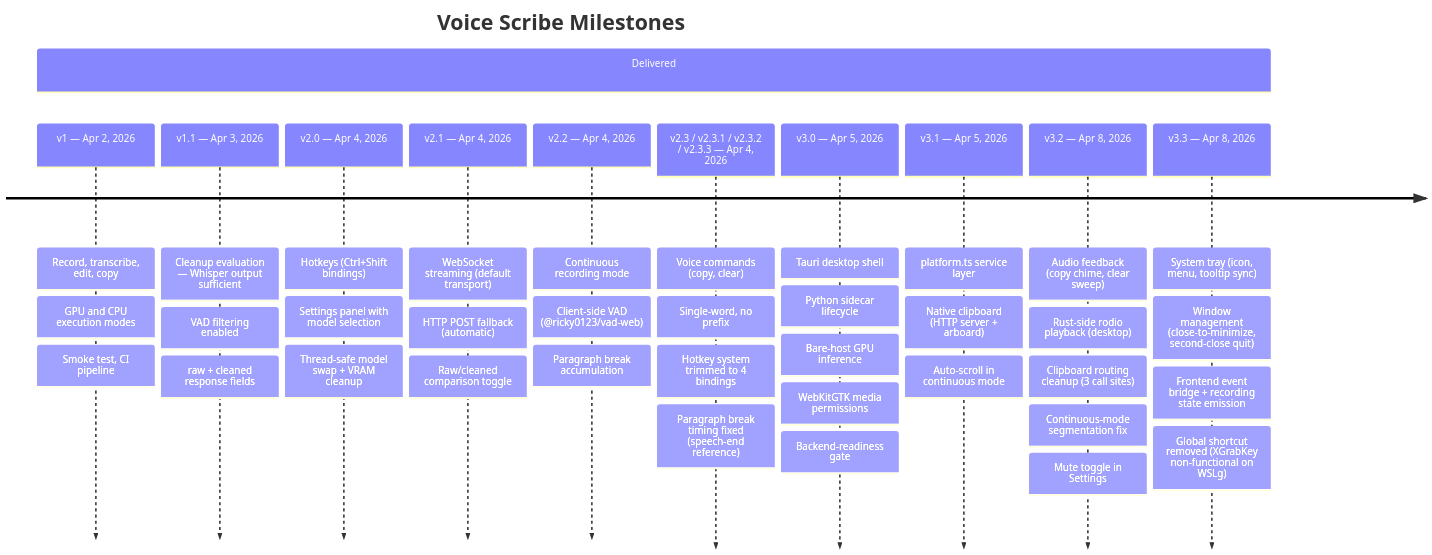
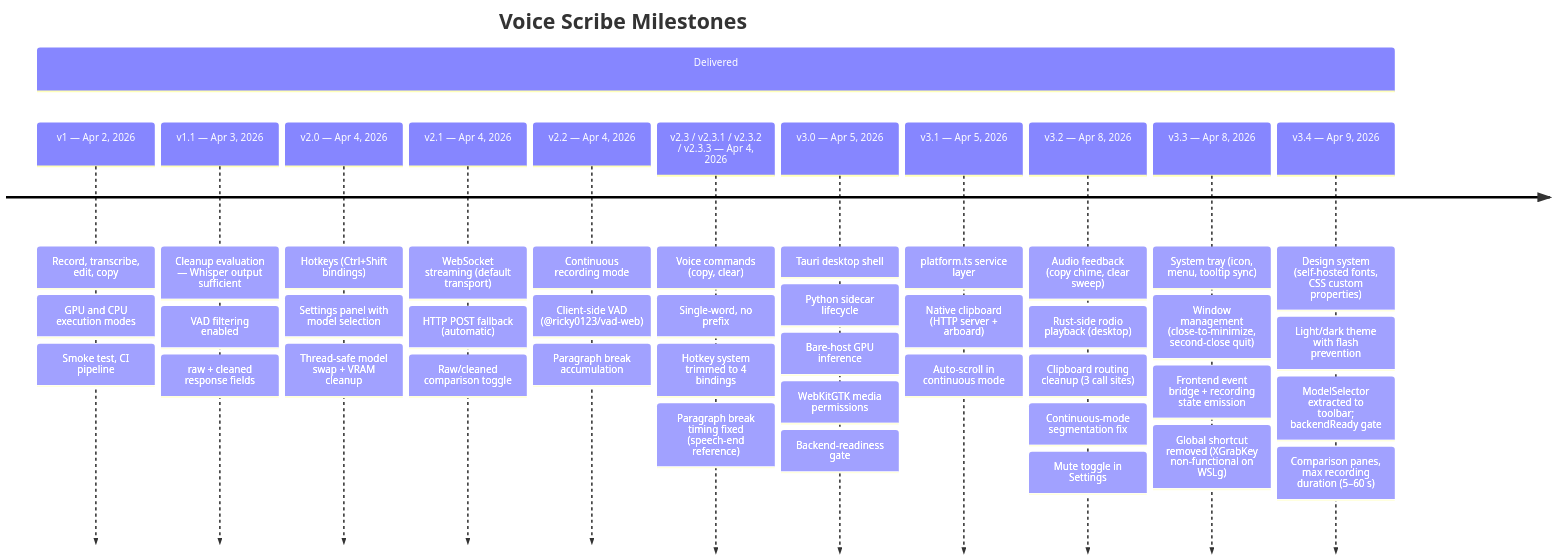
The diagram in docs/diagrams/milestone-timeline.mmd (JohnYanez95/voice-scribe), drawn with Mermaid before and after one commit. The commit also changed 3 other files, not shown here.

First line of the commit message:
docs: update v3 presentation and milestone timeline to v3.4

```diff
--- a/docs/diagrams/milestone-timeline.mmd
+++ b/docs/diagrams/milestone-timeline.mmd
@@ -1,49 +1,54 @@
 timeline
     title Voice Scribe Milestones
     section Delivered
         v1 — Apr 2, 2026
             : Record, transcribe, edit, copy
             : GPU and CPU execution modes
             : Smoke test, CI pipeline
         v1.1 — Apr 3, 2026
             : Cleanup evaluation — Whisper output sufficient
             : VAD filtering enabled
             : raw + cleaned response fields
         v2.0 — Apr 4, 2026
             : Hotkeys (Ctrl+Shift bindings)
             : Settings panel with model selection
             : Thread-safe model swap + VRAM cleanup
         v2.1 — Apr 4, 2026
             : WebSocket streaming (default transport)
             : HTTP POST fallback (automatic)
             : Raw/cleaned comparison toggle
         v2.2 — Apr 4, 2026
             : Continuous recording mode
             : Client-side VAD (@ricky0123/vad-web)
             : Paragraph break accumulation
         v2.3 / v2.3.1 / v2.3.2 / v2.3.3 — Apr 4, 2026
             : Voice commands (copy, clear)
             : Single-word, no prefix
             : Hotkey system trimmed to 4 bindings
             : Paragraph break timing fixed (speech-end reference)
         v3.0 — Apr 5, 2026
             : Tauri desktop shell
             : Python sidecar lifecycle
             : Bare-host GPU inference
             : WebKitGTK media permissions
             : Backend-readiness gate
         v3.1 — Apr 5, 2026
             : platform.ts service layer
             : Native clipboard (HTTP server + arboard)
             : Auto-scroll in continuous mode
         v3.2 — Apr 8, 2026
             : Audio feedback (copy chime, clear sweep)
             : Rust-side rodio playback (desktop)
             : Clipboard routing cleanup (3 call sites)
             : Continuous-mode segmentation fix
             : Mute toggle in Settings
         v3.3 — Apr 8, 2026
             : System tray (icon, menu, tooltip sync)
             : Window management (close-to-minimize, second-close quit)
             : Frontend event bridge + recording state emission
             : Global shortcut removed (XGrabKey non-functional on WSLg)
+        v3.4 — Apr 9, 2026
+            : Design system (self-hosted fonts, CSS custom properties)
+            : Light/dark theme with flash prevention
+            : ModelSelector extracted to toolbar; backendReady gate
+            : Comparison panes, max recording duration (5–60 s)
```
